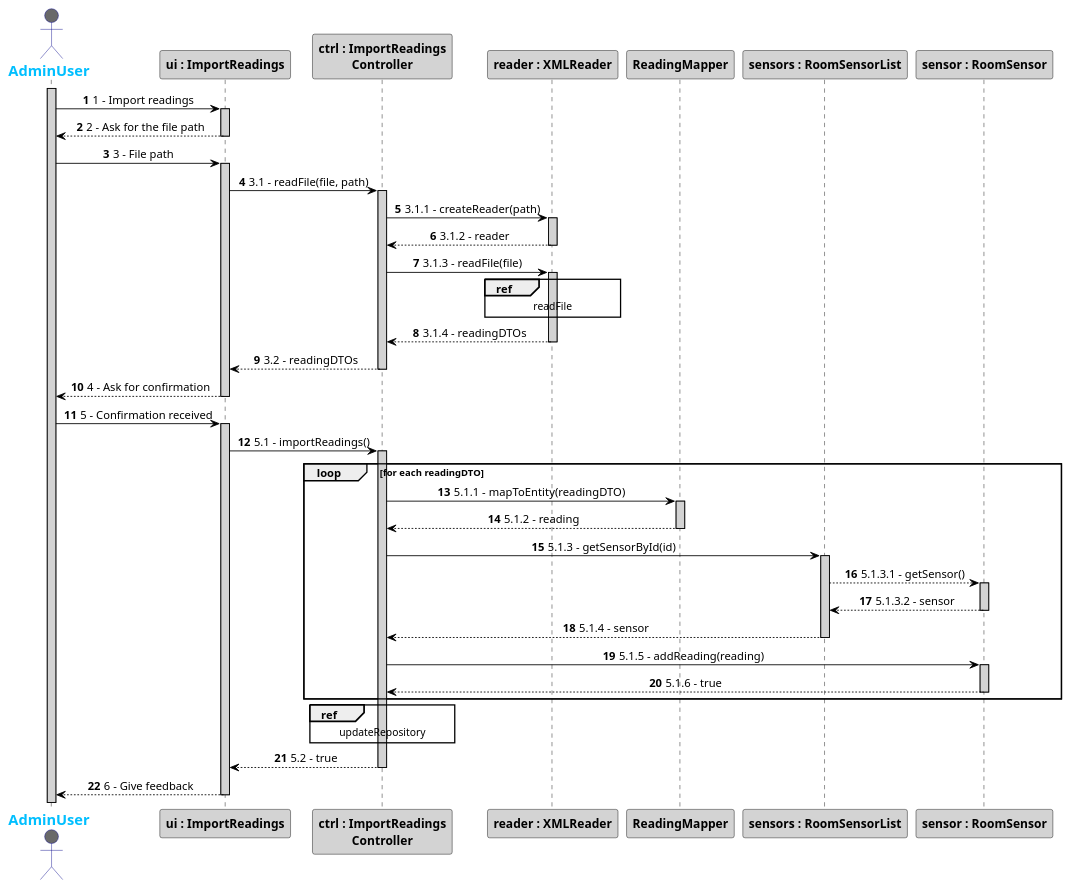
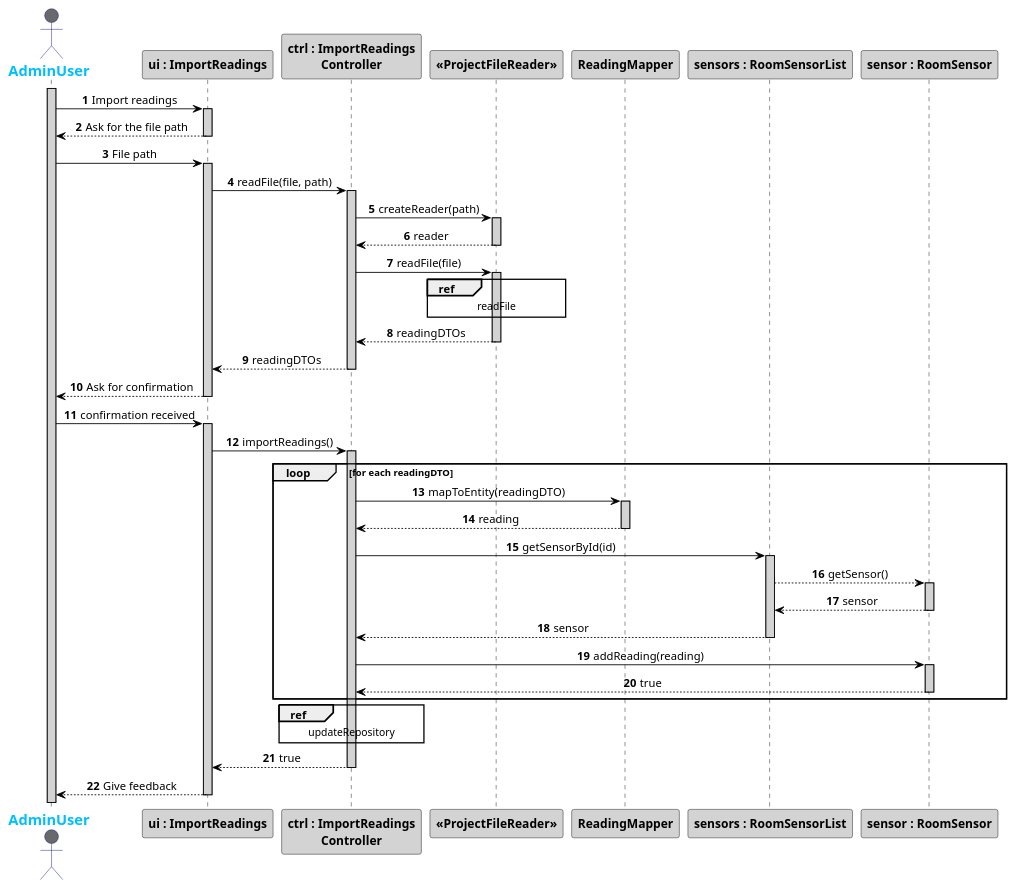
One commit to 1181687/hateoasToy changed the diagram in src/main/java/pt/ipp/isep/dei/project/controllers/importreadingsfromcsvcontroller/SD_ImportReadingsRoomSensors.puml. Above: the diagram before and after it, drawn with PlantUML. The commit also changed 2 other files, not shown here.

Commit message:
Formatting changes to Sequence Diagrams

```diff
--- a/src/main/java/pt/ipp/isep/dei/project/controllers/importreadingsfromcsvcontroller/SD_ImportReadingsRoomSensors.puml
+++ b/src/main/java/pt/ipp/isep/dei/project/controllers/importreadingsfromcsvcontroller/SD_ImportReadingsRoomSensors.puml
@@ -1,78 +1,78 @@
 @startuml
 skinparam sequenceMessageAlign center
 skinparam sequence {
 	ArrowColor Black
 	ActorBorderColor DarkBlue
 	LifeLineBorderColor black
 	LifeLineBackgroundColor LightGrey
 
 	ParticipantBorderColor Black
 	ParticipantBackgroundColor LightGrey
 	ParticipantFontStyle Bold
 
 	ActorBackgroundColor DimGrey
 	ActorFontColor DeepSkyBlue
 	ActorFontStyle Bold
 	ActorFontSize 17
 	ActorFontName Aapex
 }
 
 autonumber
 actor AdminUser
 activate AdminUser
 actor AdminUser
 
-AdminUser -> "ui : ImportReadings":1 - Import readings
+AdminUser -> "ui : ImportReadings": Import readings
 activate "ui : ImportReadings"
-"ui : ImportReadings" --> AdminUser: 2 - Ask for the file path
+"ui : ImportReadings" --> AdminUser: Ask for the file path
 deactivate "ui : ImportReadings"
-AdminUser -> "ui : ImportReadings": 3 - File path
+AdminUser -> "ui : ImportReadings": File path
 activate "ui : ImportReadings"
-"ui : ImportReadings" -> "ctrl : ImportReadings\nController": 3.1 - readFile(file, path)
+"ui : ImportReadings" -> "ctrl : ImportReadings\nController": readFile(file, path)
 activate "ctrl : ImportReadings\nController"
-"ctrl : ImportReadings\nController" -> "reader : XMLReader": 3.1.1 - createReader(path)
-activate "reader : XMLReader"
-"reader : XMLReader" --> "ctrl : ImportReadings\nController": 3.1.2 - reader
-deactivate "reader : XMLReader"
-"ctrl : ImportReadings\nController" -> "reader : XMLReader": 3.1.3 - readFile(file)
-activate "reader : XMLReader"
-ref over "reader : XMLReader"
+"ctrl : ImportReadings\nController" -> "<<ProjectFileReader>>" :  createReader(path)
+activate "<<ProjectFileReader>>"
+"<<ProjectFileReader>>"  --> "ctrl : ImportReadings\nController": reader
+deactivate "<<ProjectFileReader>>"
+"ctrl : ImportReadings\nController" -> "<<ProjectFileReader>>":  readFile(file)
+activate "<<ProjectFileReader>>"
+ref over "<<ProjectFileReader>>"
 readFile
 end
-"reader : XMLReader" --> "ctrl : ImportReadings\nController": 3.1.4 - readingDTOs
-deactivate "reader : XMLReader"
-"ctrl : ImportReadings\nController" --> "ui : ImportReadings": 3.2 - readingDTOs
+"<<ProjectFileReader>>" --> "ctrl : ImportReadings\nController": readingDTOs
+deactivate "<<ProjectFileReader>>"
+"ctrl : ImportReadings\nController" --> "ui : ImportReadings": readingDTOs
 deactivate "ctrl : ImportReadings\nController"
-"ui : ImportReadings" --> AdminUser: 4 - Ask for confirmation
+"ui : ImportReadings" --> AdminUser: Ask for confirmation
 deactivate "ui : ImportReadings"
-AdminUser -> "ui : ImportReadings": 5 - Confirmation received
+AdminUser -> "ui : ImportReadings": confirmation received
 activate "ui : ImportReadings"
-"ui : ImportReadings" -> "ctrl : ImportReadings\nController": 5.1 - importReadings()
+"ui : ImportReadings" -> "ctrl : ImportReadings\nController": importReadings()
 activate "ctrl : ImportReadings\nController"
 loop for each readingDTO
-"ctrl : ImportReadings\nController" -> ReadingMapper: 5.1.1 - mapToEntity(readingDTO)
+"ctrl : ImportReadings\nController" -> ReadingMapper: mapToEntity(readingDTO)
 activate ReadingMapper
-ReadingMapper --> "ctrl : ImportReadings\nController": 5.1.2 - reading
+ReadingMapper --> "ctrl : ImportReadings\nController": reading
 deactivate ReadingMapper
-"ctrl : ImportReadings\nController" -> "sensors : RoomSensorList": 5.1.3 - getSensorById(id)
+"ctrl : ImportReadings\nController" -> "sensors : RoomSensorList": getSensorById(id)
 activate "sensors : RoomSensorList"
-"sensors : RoomSensorList" --> "sensor : RoomSensor": 5.1.3.1 - getSensor()
+"sensors : RoomSensorList" --> "sensor : RoomSensor": getSensor()
 activate "sensor : RoomSensor"
-"sensor : RoomSensor" --> "sensors : RoomSensorList": 5.1.3.2 - sensor
+"sensor : RoomSensor" --> "sensors : RoomSensorList": sensor
 deactivate "sensor : RoomSensor"
-"sensors : RoomSensorList" --> "ctrl : ImportReadings\nController": 5.1.4 - sensor
+"sensors : RoomSensorList" --> "ctrl : ImportReadings\nController": sensor
 deactivate "sensors : RoomSensorList"
-"ctrl : ImportReadings\nController" -> "sensor : RoomSensor": 5.1.5 - addReading(reading)
+"ctrl : ImportReadings\nController" -> "sensor : RoomSensor": addReading(reading)
 activate "sensor : RoomSensor"
-"sensor : RoomSensor" --> "ctrl : ImportReadings\nController": 5.1.6 - true
+"sensor : RoomSensor" --> "ctrl : ImportReadings\nController": true
 deactivate "sensor : RoomSensor"
 end loop
 ref over "ctrl : ImportReadings\nController"
 updateRepository
 end
-"ctrl : ImportReadings\nController" --> "ui : ImportReadings": 5.2 - true
+"ctrl : ImportReadings\nController" --> "ui : ImportReadings": true
 deactivate "ctrl : ImportReadings\nController"
-"ui : ImportReadings" --> AdminUser: 6 - Give feedback
+"ui : ImportReadings" --> AdminUser: Give feedback
 deactivate "ui : ImportReadings"
 
 @enduml
```
